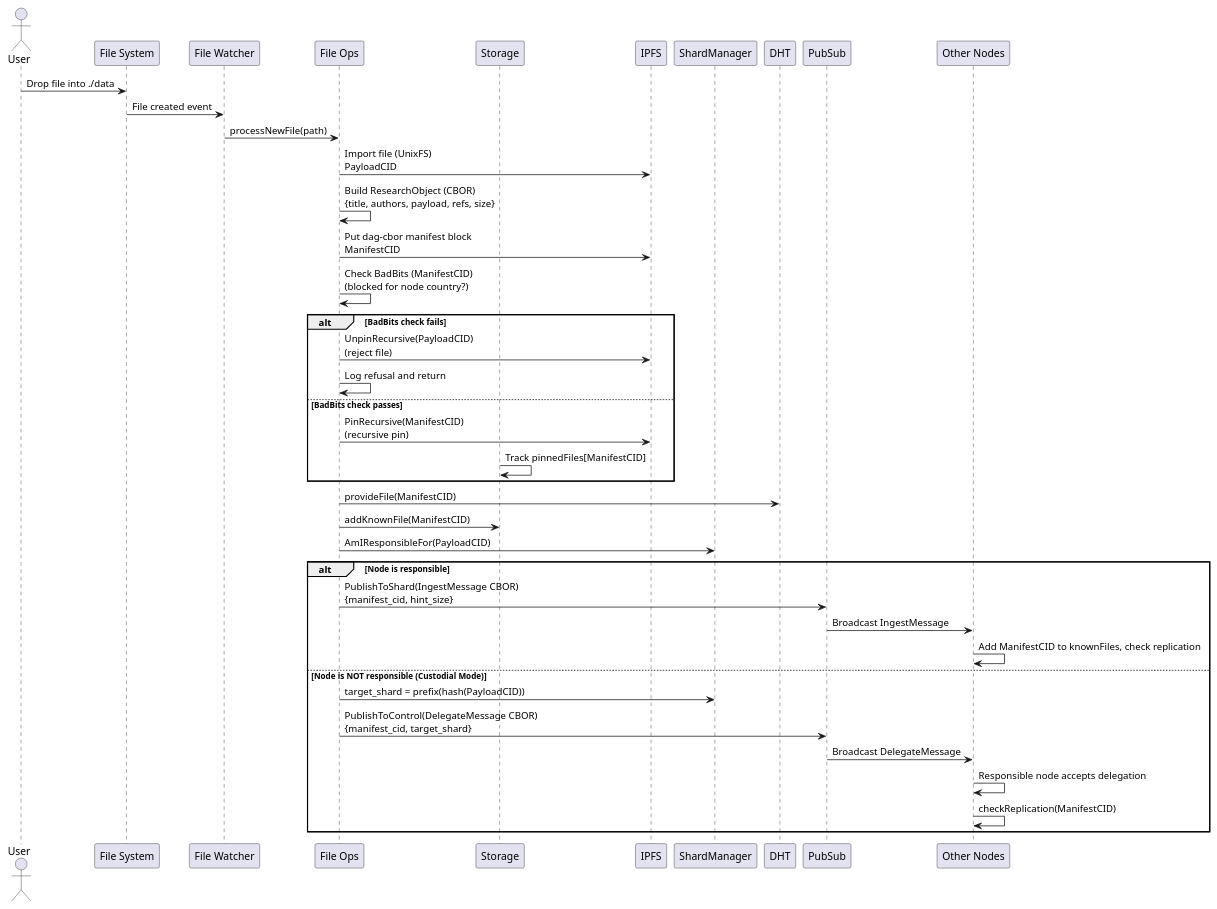
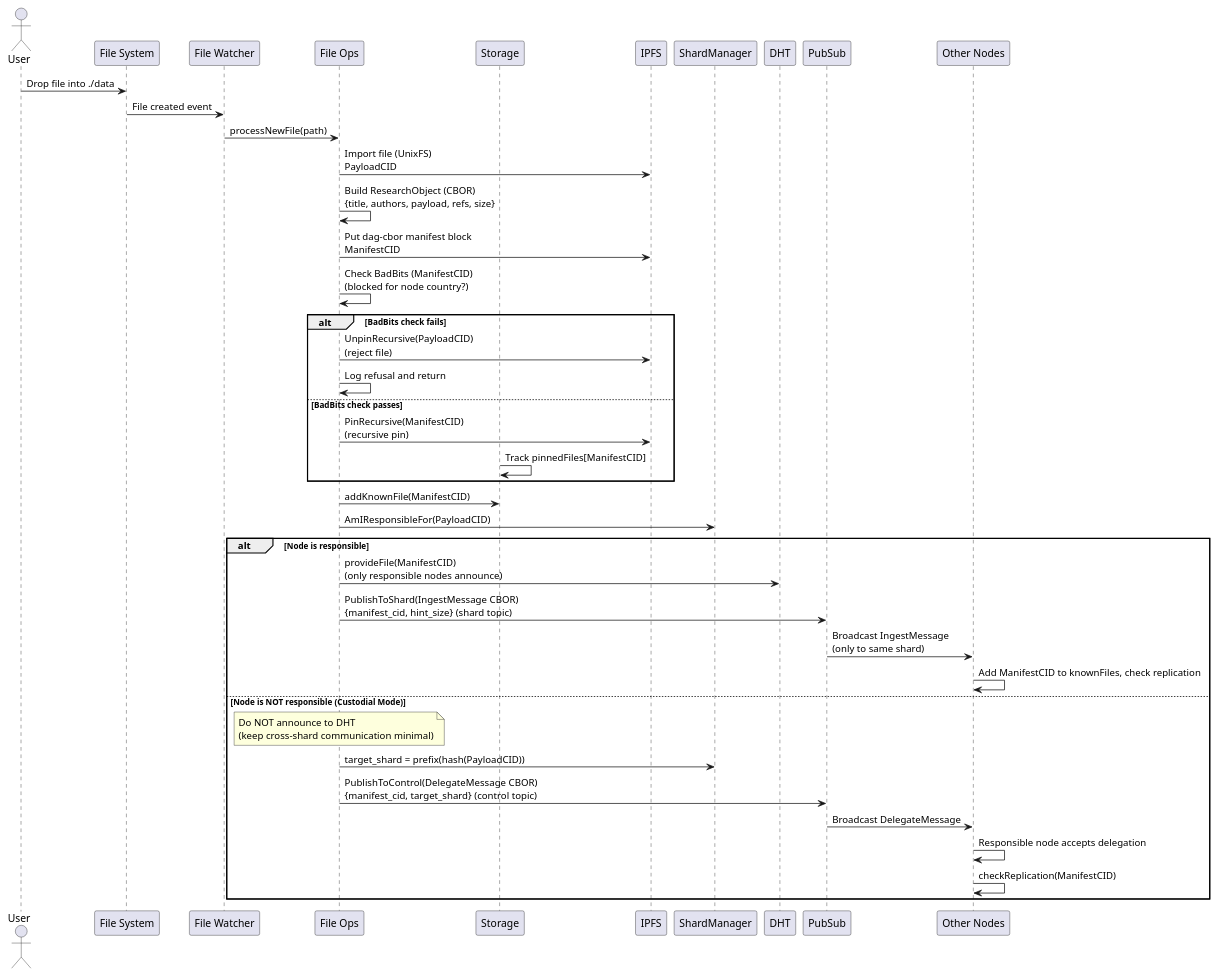
Before and after one commit to gipplab/D-LOCKSS: the diagram in docs/file_ingestion_sequence.puml, drawn with PlantUML. The commit also changed 10 other files, not shown here.

Commit message:
shard split fix and updated diagrams

```diff
--- a/docs/file_ingestion_sequence.puml
+++ b/docs/file_ingestion_sequence.puml
@@ -1,47 +1,48 @@
 @startuml File Ingestion Sequence
 
 actor User
 participant "File System" as FS
 participant "File Watcher" as Watcher
 participant "File Ops" as FileOps
 participant "Storage" as Storage
 participant "IPFS" as IPFS
 participant "ShardManager" as ShardMgr
 participant "DHT" as DHT
 participant "PubSub" as PubSub
 participant "Other Nodes" as Nodes
 
 User -> FS: Drop file into ./data
 FS -> Watcher: File created event
 Watcher -> FileOps: processNewFile(path)
 
 FileOps -> IPFS: Import file (UnixFS)\nPayloadCID
 FileOps -> FileOps: Build ResearchObject (CBOR)\n{title, authors, payload, refs, size}
 FileOps -> IPFS: Put dag-cbor manifest block\nManifestCID
 FileOps -> FileOps: Check BadBits (ManifestCID)\n(blocked for node country?)
 alt BadBits check fails
     FileOps -> IPFS: UnpinRecursive(PayloadCID)\n(reject file)
     FileOps -> FileOps: Log refusal and return
 else BadBits check passes
     FileOps -> IPFS: PinRecursive(ManifestCID)\n(recursive pin)
     Storage -> Storage: Track pinnedFiles[ManifestCID]
 end
 
-FileOps -> DHT: provideFile(ManifestCID)
 FileOps -> Storage: addKnownFile(ManifestCID)
 
 FileOps -> ShardMgr: AmIResponsibleFor(PayloadCID)
 
 alt Node is responsible
-    FileOps -> PubSub: PublishToShard(IngestMessage CBOR)\n{manifest_cid, hint_size}
-    PubSub -> Nodes: Broadcast IngestMessage
+    FileOps -> DHT: provideFile(ManifestCID)\n(only responsible nodes announce)
+    FileOps -> PubSub: PublishToShard(IngestMessage CBOR)\n{manifest_cid, hint_size} (shard topic)
+    PubSub -> Nodes: Broadcast IngestMessage\n(only to same shard)
     Nodes -> Nodes: Add ManifestCID to knownFiles, check replication
 else Node is NOT responsible (Custodial Mode)
+    Note over FileOps: Do NOT announce to DHT\n(keep cross-shard communication minimal)
     FileOps -> ShardMgr: target_shard = prefix(hash(PayloadCID))
-    FileOps -> PubSub: PublishToControl(DelegateMessage CBOR)\n{manifest_cid, target_shard}
+    FileOps -> PubSub: PublishToControl(DelegateMessage CBOR)\n{manifest_cid, target_shard} (control topic)
     PubSub -> Nodes: Broadcast DelegateMessage
     Nodes -> Nodes: Responsible node accepts delegation
     Nodes -> Nodes: checkReplication(ManifestCID)
 end
 
 @enduml
```
